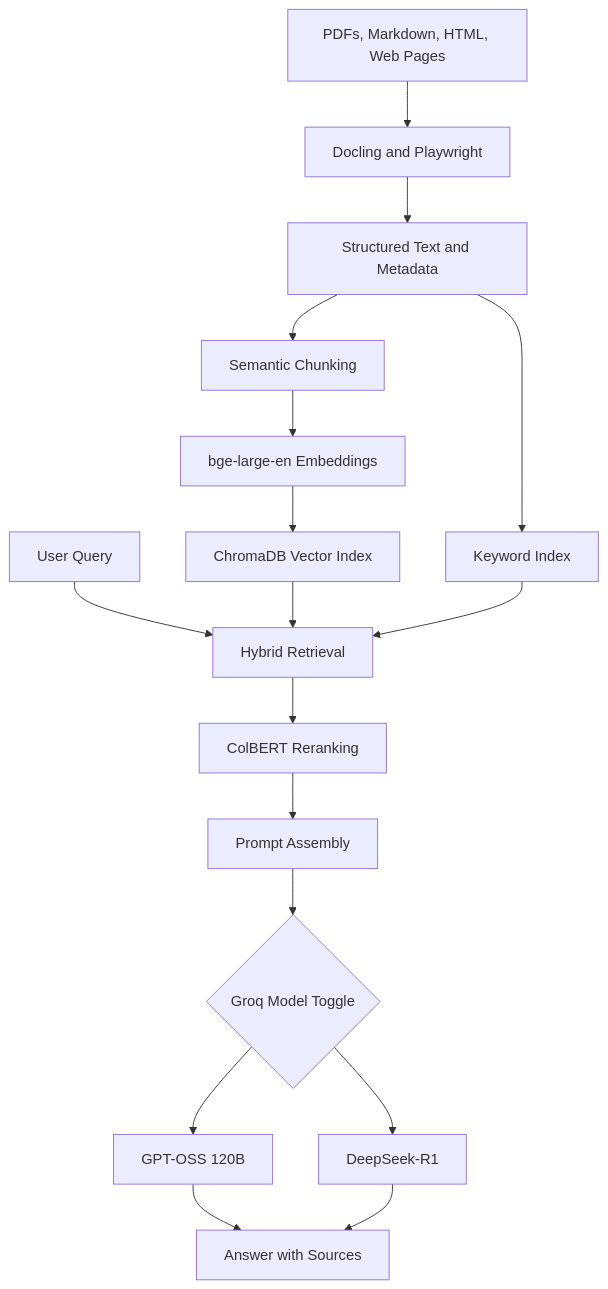
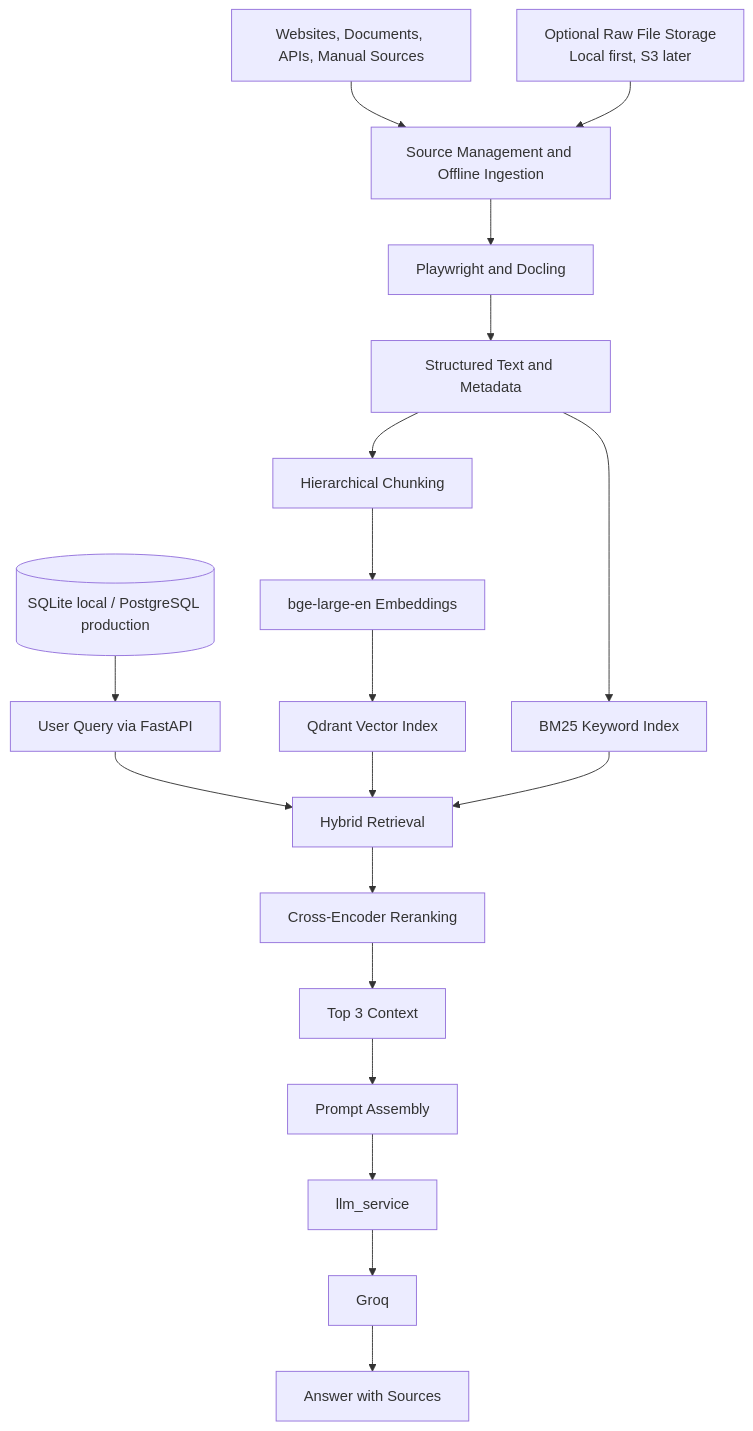
Before and after one commit to madushanl/madushanl.github.io: diagram 13 of 15 in _posts/2026-03-25-building-a-rag-chatbot-how-to-choose-each-component-and-why.markdown, drawn with Mermaid. The commit also changed other lines of this file, not shown here.

Commit message:
Refine RAG chatbot article to reflect updated architecture and component choices, emphasizing a cloud-first design. Adjusted terminology for clarity and improved the ingestion and query-time answering sections.

````diff
--- a/_posts/2026-03-25-building-a-rag-chatbot-how-to-choose-each-component-and-why.markdown
+++ b/_posts/2026-03-25-building-a-rag-chatbot-how-to-choose-each-component-and-why.markdown
@@ -406,19 +405,21 @@
 ```mermaid
 flowchart TD
-    A[PDFs, Markdown, HTML, Web Pages] --> B[Docling and Playwright]
-    B --> C[Structured Text and Metadata]
-    C --> D[Semantic Chunking]
-    D --> E[bge-large-en Embeddings]
-    E --> F[ChromaDB Vector Index]
-    C --> G[Keyword Index]
-    H[User Query] --> I[Hybrid Retrieval]
-    F --> I
-    G --> I
-    I --> J[ColBERT Reranking]
-    J --> K[Prompt Assembly]
-    K --> L{Groq Model Toggle}
-    L --> M[GPT-OSS 120B]
-    L --> N[DeepSeek-R1]
-    M --> O[Answer with Sources]
-    N --> O
+    A[Websites, Documents, APIs, Manual Sources] --> B[Source Management and Offline Ingestion]
+    B --> C[Playwright and Docling]
+    C --> D[Structured Text and Metadata]
+    D --> E[Hierarchical Chunking]
+    E --> F[bge-large-en Embeddings]
+    F --> G[Qdrant Vector Index]
+    D --> H[BM25 Keyword Index]
+    I[User Query via FastAPI] --> J[Hybrid Retrieval]
+    G --> J
+    H --> J
+    J --> K[Cross-Encoder Reranking]
+    K --> L[Top 3 Context]
+    L --> M[Prompt Assembly]
+    M --> N[llm_service]
+    N --> O[Groq]
+    O --> P[Answer with Sources]
+    Q[(SQLite local / PostgreSQL production)] --> I
+    R[Optional Raw File Storage\nLocal first, S3 later] --> B
 ```
````
